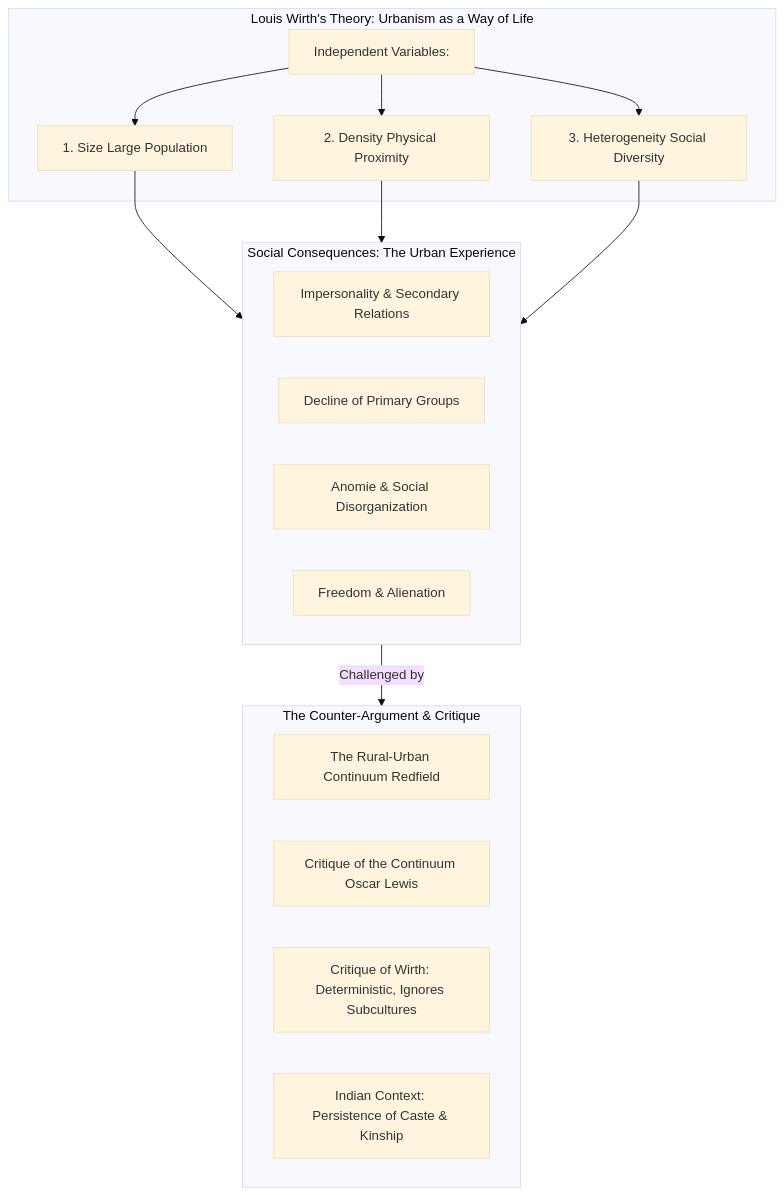
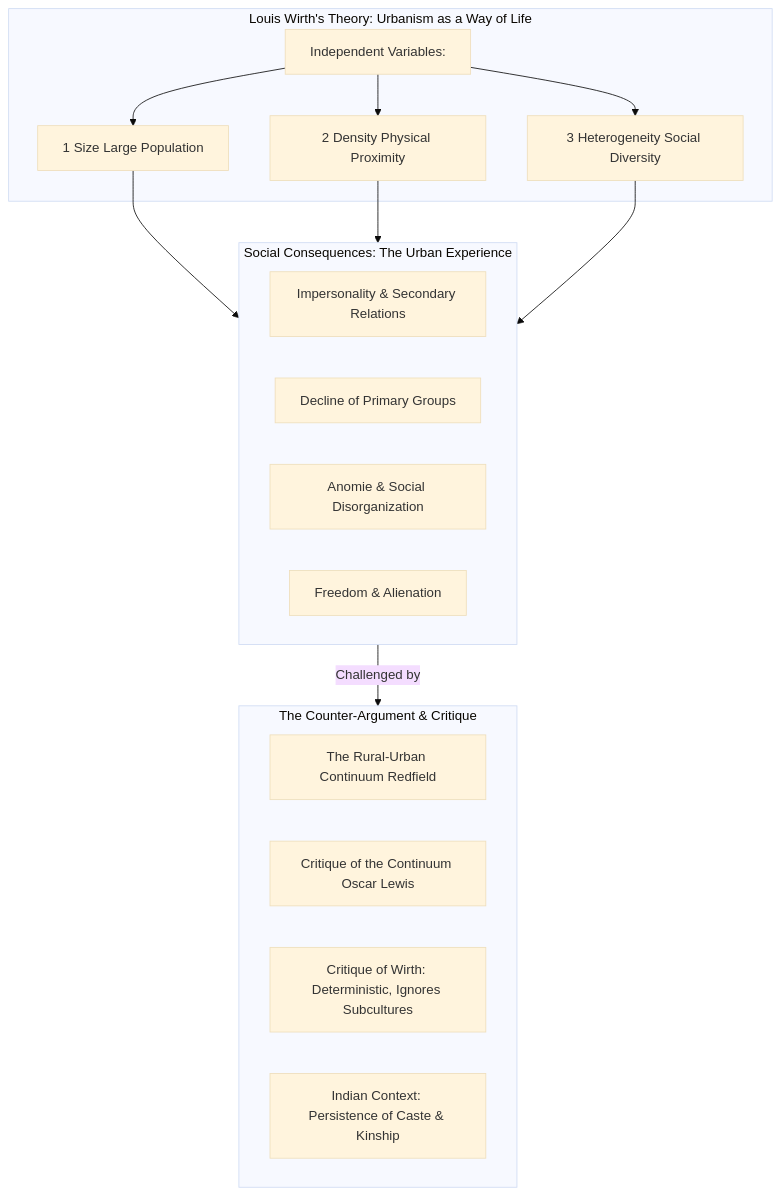
The second of 9 diagrams in IGNOU MSO/SY/SY MSOE 04 Urban Sociology.md (elevate0123/CSE), drawn with Mermaid (base theme) before and after one commit. The commit also changed other lines of this file, not shown here.

````diff
--- a/IGNOU MSO/SY/SY MSOE 04 Urban Sociology.md
+++ b/IGNOU MSO/SY/SY MSOE 04 Urban Sociology.md
@@ -488,26 +488,26 @@
 ```mermaid
 graph TD
     subgraph A [Louis Wirth's Theory: Urbanism as a Way of Life]
         A1[Independent Variables:]
-        A1 --> A2[1. Size Large Population]
-        A1 --> A3[2. Density Physical Proximity]
-        A1 --> A4[3. Heterogeneity Social Diversity]
+        A1 --> A2[1 Size Large Population]
+        A1 --> A3[2 Density Physical Proximity]
+        A1 --> A4[3 Heterogeneity Social Diversity]
     end
 
     subgraph B [Social Consequences: The Urban Experience]
         B1[Impersonality & Secondary Relations]
         B2[Decline of Primary Groups]
         B3[Anomie & Social Disorganization]
         B4[Freedom & Alienation]
     end
 
     subgraph C [The Counter-Argument & Critique]
         C1[The Rural-Urban Continuum Redfield]
         C2[Critique of the Continuum Oscar Lewis]
         C3[Critique of Wirth: Deterministic, Ignores Subcultures]
         C4[Indian Context: Persistence of Caste & Kinship]
     end
 
     A2 & A3 & A4 --> B;
     B --Challenged by--> C;
 ```
````
